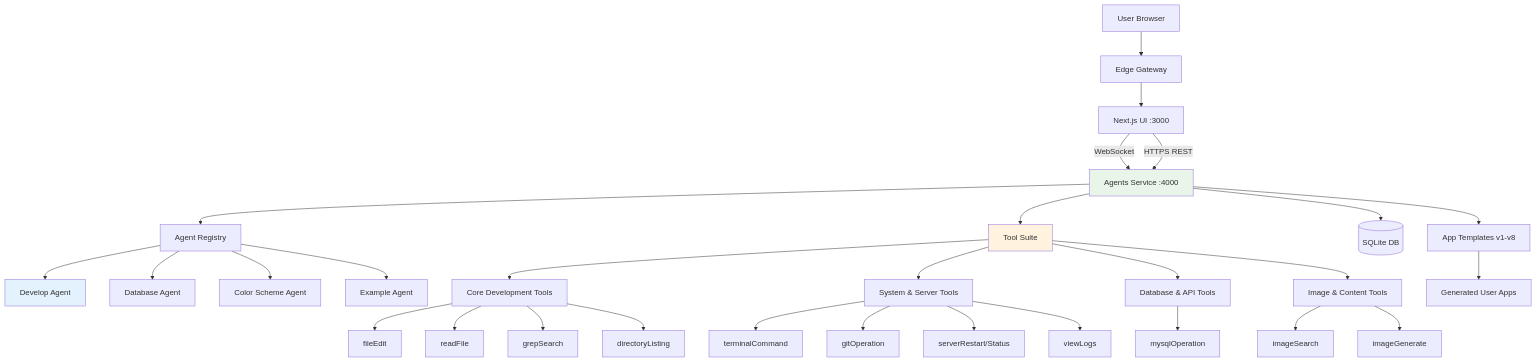
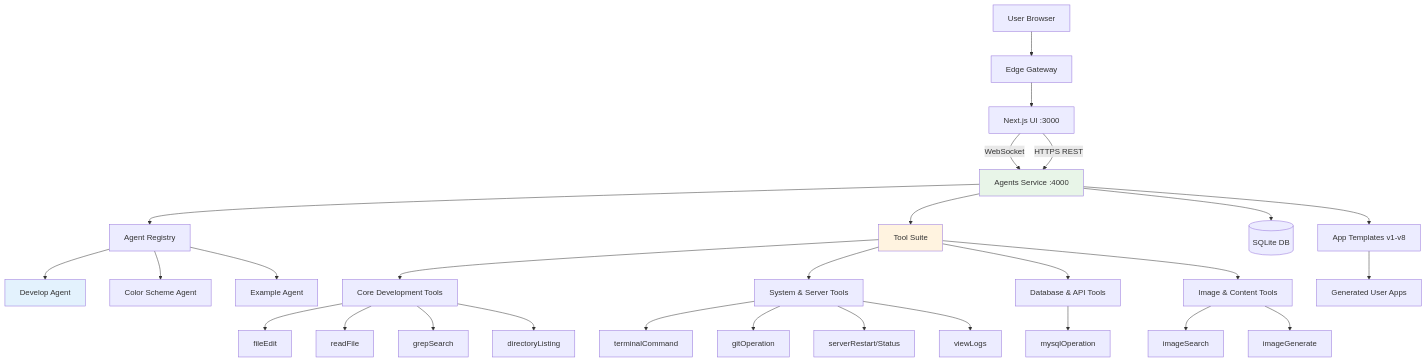
Before and after one commit to hsharif-godaddy/hackathon2026: the first of 10 diagrams in docs/security-threat-modeling.md, drawn with Mermaid. The commit also changed other lines of this file and 14 other files, not shown here.

First line of the commit message:
refactor: remove Database Agent and related functionality (#790)

````diff
--- a/docs/security-threat-modeling.md
+++ b/docs/security-threat-modeling.md
@@ -24,44 +24,43 @@
 ```mermaid
 graph TB
     User[User Browser] --> CDN[Edge Gateway]
     CDN --> NextJS[Next.js UI :3000]
 
     NextJS -->|WebSocket| AgentService[Agents Service :4000]
     NextJS -->|HTTPS REST| AgentService
 
     AgentService --> AgentRegistry[Agent Registry]
     AgentService --> Tools[Tool Suite]
     AgentService --> SQLite[(SQLite DB)]
 
     AgentRegistry --> DevelopAgent[Develop Agent]
-    AgentRegistry --> DatabaseAgent[Database Agent]
     AgentRegistry --> ColorAgent[Color Scheme Agent]
     AgentRegistry --> ExampleAgent[Example Agent]
 
     Tools --> CoreTools[Core Development Tools]
     Tools --> SystemTools[System & Server Tools]
     Tools --> BackendTools[Database & API Tools]
     Tools --> MediaTools[Image & Content Tools]
 
     CoreTools --> FileEdit[fileEdit]
     CoreTools --> ReadFile[readFile]
     CoreTools --> GrepSearch[grepSearch]
     CoreTools --> DirListing[directoryListing]
 
     SystemTools --> Terminal[terminalCommand]
     SystemTools --> Git[gitOperation]
     SystemTools --> ServerMgmt[serverRestart/Status]
     SystemTools --> ViewLogs[viewLogs]
 
     BackendTools --> MySQL[mysqlOperation]
 
     MediaTools --> ImgSearch[imageSearch]
     MediaTools --> ImgGen[imageGenerate]
 
     AgentService --> Templates[App Templates v1-v8]
     Templates --> UserApps[Generated User Apps]
 
     style AgentService fill:#e8f5e8
     style DevelopAgent fill:#e3f2fd
     style Tools fill:#fff3e0
 ```
````
